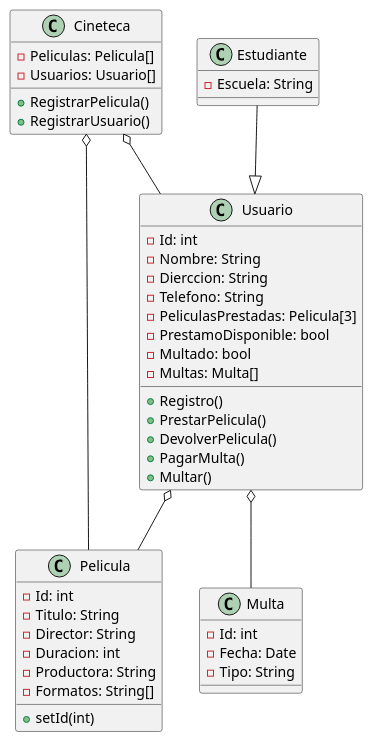
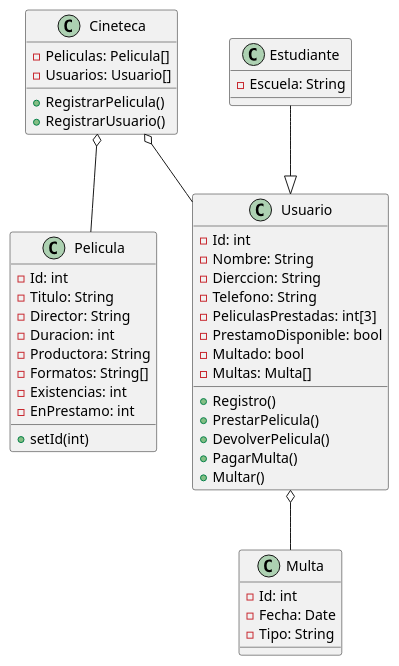
One commit to supercentinel/MAC-POO changed the diagram in Practica_2/UML_Diagrams/classes.puml. Above: the diagram before and after it, drawn with PlantUML.

Commit message:
refactored User: now have a list of movies id, no composition. Movie: added existance and borrowed atributes

```diff
--- a/Practica_2/UML_Diagrams/classes.puml
+++ b/Practica_2/UML_Diagrams/classes.puml
@@ -1,50 +1,51 @@
 @startuml
 class Cineteca {
     -Peliculas: Pelicula[]
     -Usuarios: Usuario[]
     +RegistrarPelicula()
     +RegistrarUsuario()
 }
 
 class Pelicula {
     -Id: int
     -Titulo: String
     -Director: String
     -Duracion: int
     -Productora: String
     -Formatos: String[]
+    -Existencias: int
+    -EnPrestamo: int
     +setId(int)
 }
 
 class Estudiante {
     -Escuela: String
 }
 
 class Usuario {
     -Id: int
     -Nombre: String
     -Dierccion: String
     -Telefono: String
-    -PeliculasPrestadas: Pelicula[3]
+    -PeliculasPrestadas: int[3]
     -PrestamoDisponible: bool
     -Multado: bool
     -Multas: Multa[]
     +Registro()
     +PrestarPelicula()
     +DevolverPelicula()
     +PagarMulta()
     +Multar()
 }
 
 class Multa {
     -Id: int
     -Fecha: Date
     -Tipo: String
 }
 
 Cineteca o-- Pelicula
 Cineteca o-- Usuario
 Estudiante --|> Usuario
-Usuario o-- Pelicula
 Usuario o-- Multa
 @enduml
```
